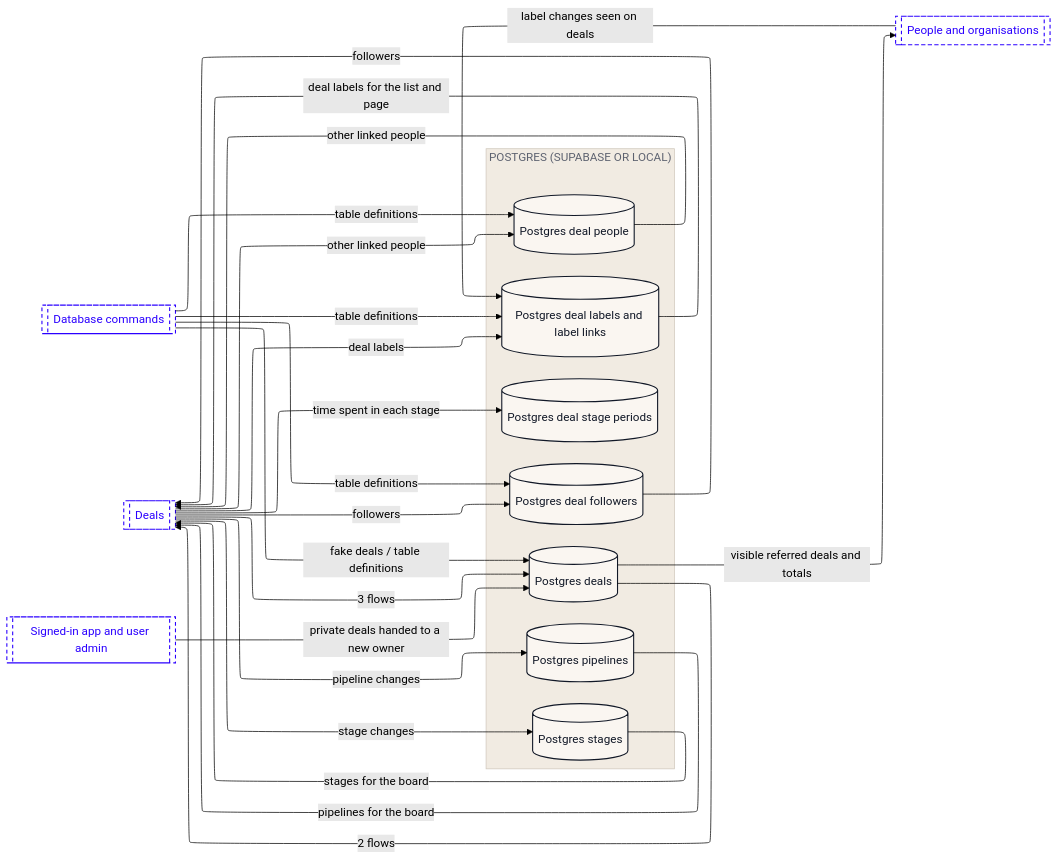
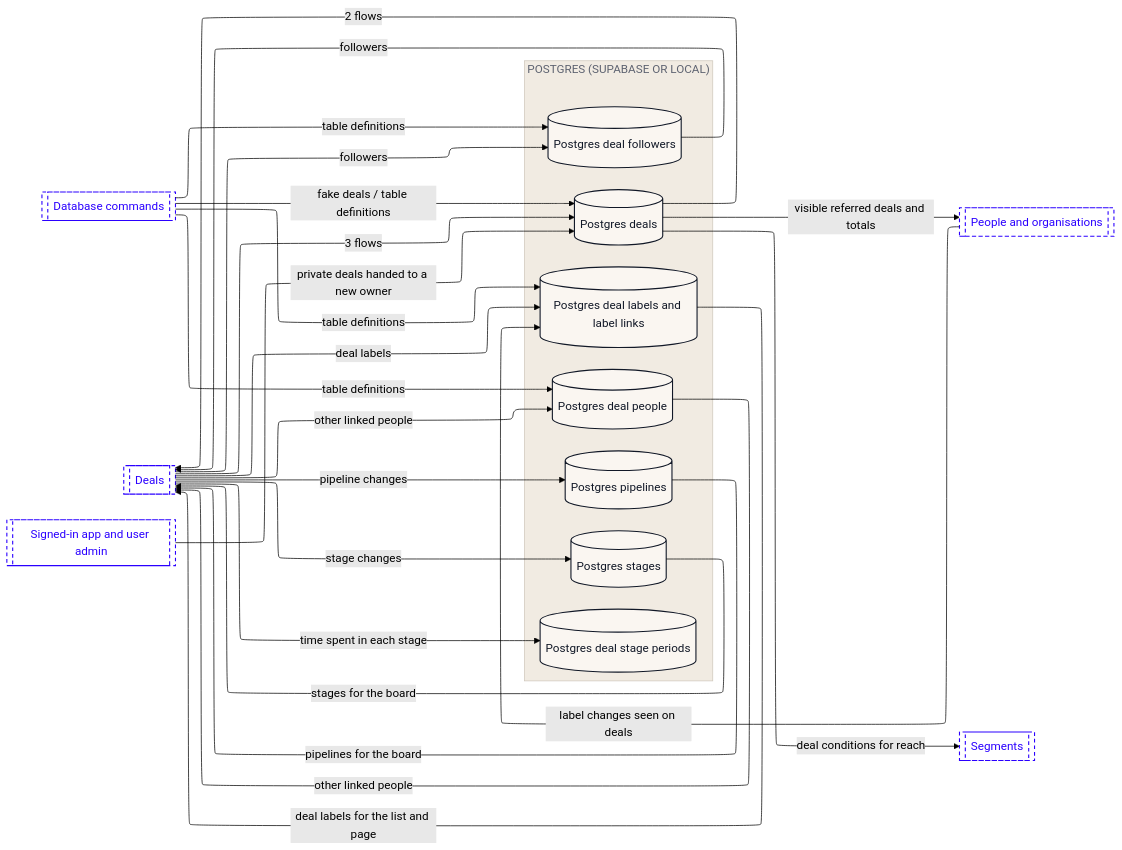
The sixth of 12 diagrams in dataflow/DATAFLOW.md (Romain-Perche/Barnacle-Pipe), drawn with Mermaid (forest theme) before and after one commit. The commit also changed other lines of this file and 8 other files, not shown here.

````diff
--- a/dataflow/DATAFLOW.md
+++ b/dataflow/DATAFLOW.md
@@ -344,49 +357,51 @@
 ```mermaid
 ---
 config:
   layout: elk
 ---
 flowchart LR
     subgraph z1["POSTGRES (SUPABASE OR LOCAL)"]
         n1[("Postgres deal followers")]
         n2[("Postgres deal labels and label links")]
         n3[("Postgres deal people")]
         n4[("Postgres deal stage periods")]
         n5[("Postgres deals")]
         n6[("Postgres pipelines")]
         n7[("Postgres stages")]
     end
     n8[["Database commands"]]
     n9[["Deals"]]
     n10[["People and organisations"]]
-    n11[["Signed-in app and user admin"]]
+    n11[["Segments"]]
+    n12[["Signed-in app and user admin"]]
     n10 -->|"label changes seen on deals"| n2
     n1 -->|"followers"| n9
     n2 -->|"deal labels for the list and page"| n9
     n3 -->|"other linked people"| n9
     n9 -->|"followers"| n1
     n9 -->|"deal labels"| n2
     n9 -->|"other linked people"| n3
     n9 -->|"time spent in each stage"| n4
     n9 -->|"3 flows"| n5
     n5 -->|"visible referred deals and totals"| n10
     n5 -->|"2 flows"| n9
+    n5 -->|"deal conditions for reach"| n11
     n8 -->|"table definitions"| n1
     n8 -->|"table definitions"| n2
     n8 -->|"table definitions"| n3
     n8 -->|"fake deals / table definitions"| n5
     n9 -->|"pipeline changes"| n6
     n9 -->|"stage changes"| n7
     n6 -->|"pipelines for the board"| n9
     n7 -->|"stages for the board"| n9
-    n11 -->|"private deals handed to a new owner"| n5
+    n12 -->|"private deals handed to a new owner"| n5
     classDef actor fill:#FFFFFF,stroke:#111827,stroke-width:1px,color:#111827
     classDef process fill:#EDEAFF,stroke:#2B00FF,stroke-width:1.5px,color:#111827
     classDef store fill:#FAF6F1,stroke:#111827,stroke-width:1.5px,color:#111827
     classDef zone fill:#1A1A1A,stroke:#1A1A1A,color:#FFFFFF
     classDef group fill:#2B00FF,stroke:#2B00FF,color:#FFFFFF
     classDef stub fill:#FFFFFF,stroke:#2B00FF,stroke-width:1.5px,stroke-dasharray:5 4,color:#2B00FF
     class n1,n2,n3,n4,n5,n6,n7 store
-    class n8,n9,n10,n11 stub
+    class n8,n9,n10,n11,n12 stub
     style z1 fill:#F1EBE2,stroke:#CFC7BB,color:#5D6270
 ```
````
